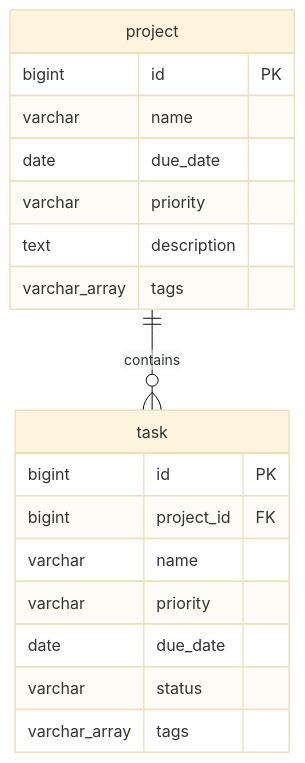
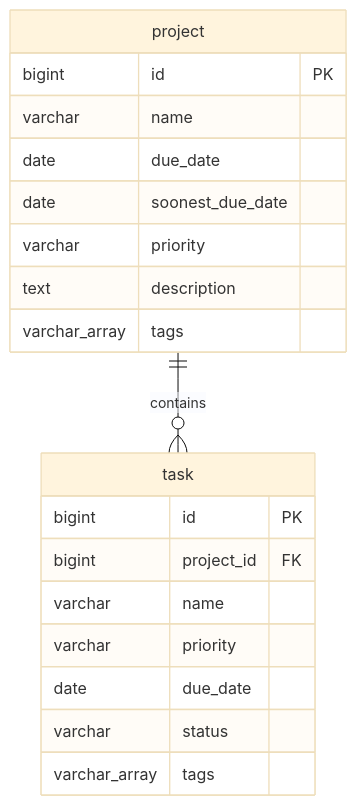
Before and after one commit to Jairik/django-task-manager: the diagram in docs/schema.md, drawn with Mermaid (base theme). The commit also changed other lines of this file and 10 other files, not shown here.

First line of the commit message:
Updating schema, implementing project insert queries

````diff
--- a/docs/schema.md
+++ b/docs/schema.md
@@ -20,23 +20,24 @@
 ```mermaid
 erDiagram
     project ||--o{ task : contains
 
     project {
         bigint id PK
         varchar name
         date due_date
+        date soonest_due_date
         varchar priority
         text description
         varchar_array tags
     }
 
     task {
         bigint id PK
         bigint project_id FK
         varchar name
         varchar priority
         date due_date
         varchar status
         varchar_array tags
     }
 ```
````
